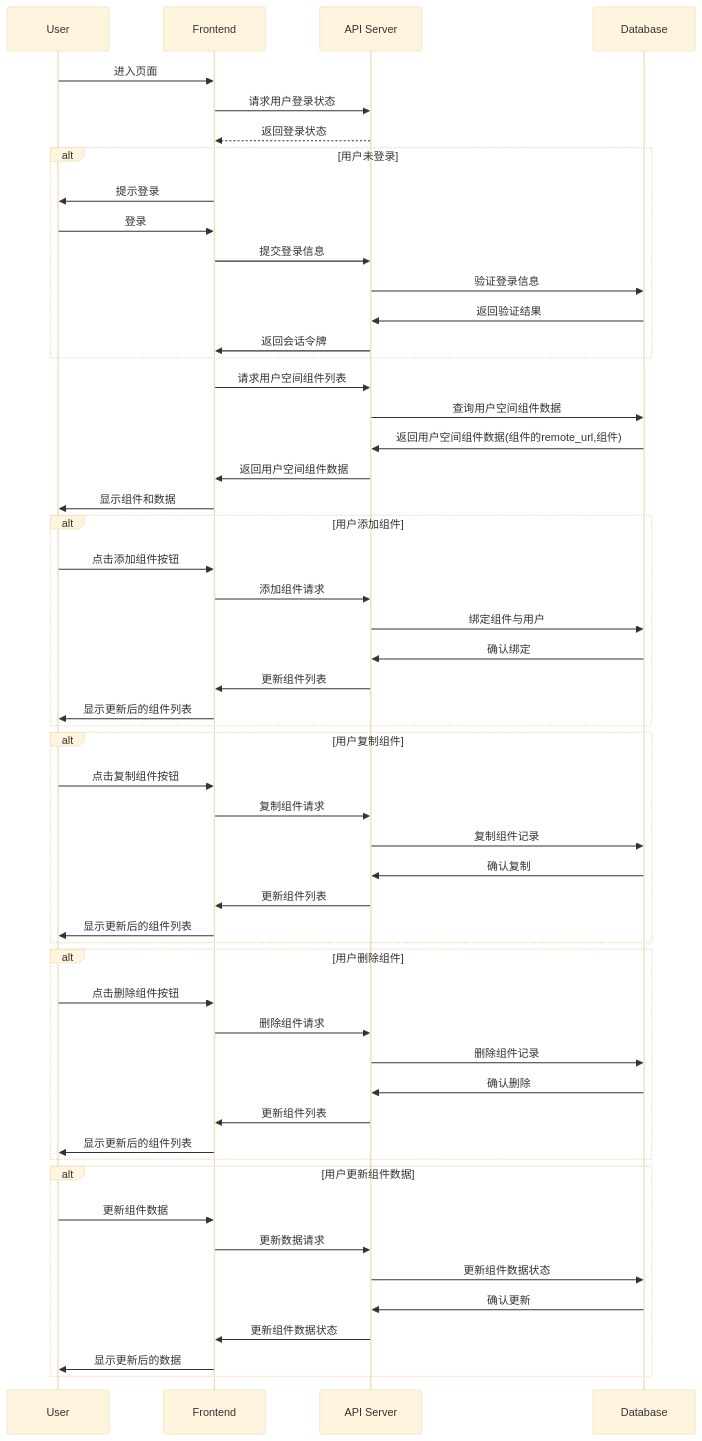
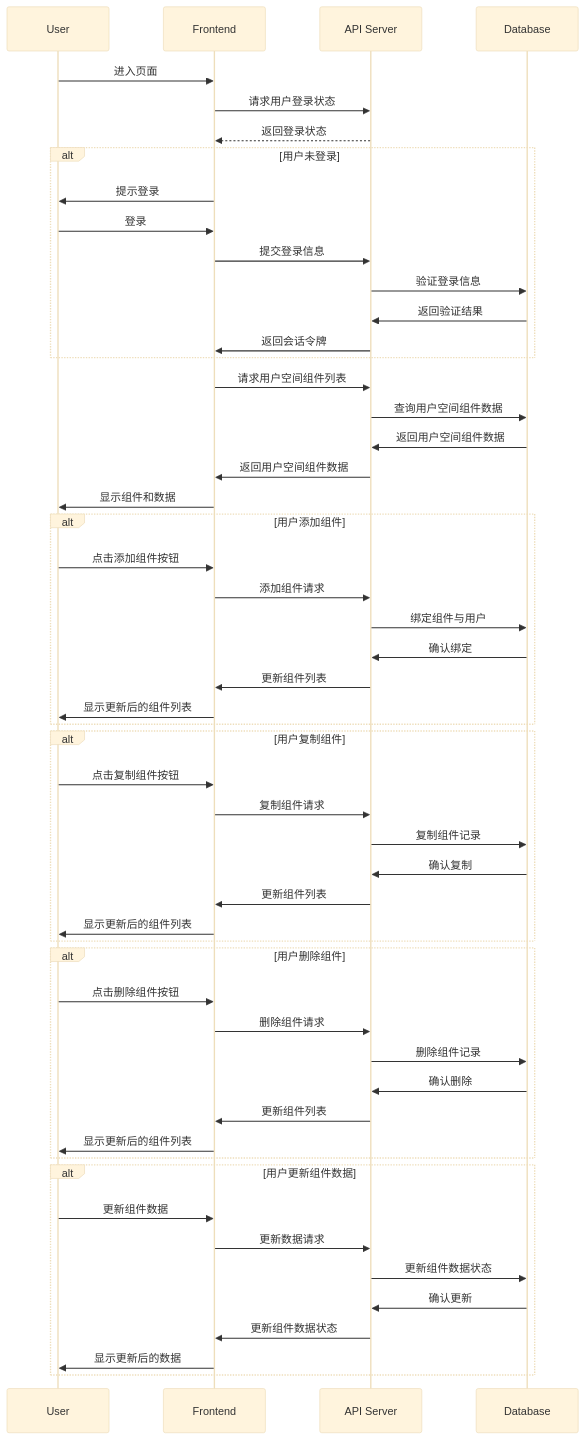
One commit to yingjianzh/iodraw-files changed the diagram in all/未命名-7.md. Above: the diagram before and after it, drawn with Mermaid (base theme).

Commit message:
2024-10-09 10:21:11 update

````diff
--- a/all/未命名-7.md
+++ b/all/未命名-7.md
@@ -1,62 +1,62 @@
 ```mermaid
 sequenceDiagram
     participant User
     participant Frontend
     participant API Server
     participant Database
 
     User->>Frontend: 进入页面
     Frontend->>API Server: 请求用户登录状态
     API Server-->>Frontend: 返回登录状态
     alt 用户未登录
         Frontend->>User: 提示登录
         User->>Frontend: 登录
         Frontend->>API Server: 提交登录信息
         API Server->>Database: 验证登录信息
         Database->>API Server: 返回验证结果
         API Server->>Frontend: 返回会话令牌
     end
 
     Frontend->>API Server: 请求用户空间组件列表
     API Server->>Database: 查询用户空间组件数据
-    Database->>API Server: 返回用户空间组件数据(组件的remote_url,组件)
+    Database->>API Server: 返回用户空间组件数据
     API Server->>Frontend: 返回用户空间组件数据
     Frontend->>User: 显示组件和数据
 
     alt 用户添加组件
         User->>Frontend: 点击添加组件按钮
         Frontend->>API Server: 添加组件请求
         API Server->>Database: 绑定组件与用户
         Database->>API Server: 确认绑定
         API Server->>Frontend: 更新组件列表
         Frontend->>User: 显示更新后的组件列表
     end
 
     alt 用户复制组件
         User->>Frontend: 点击复制组件按钮
         Frontend->>API Server: 复制组件请求
         API Server->>Database: 复制组件记录
         Database->>API Server: 确认复制
         API Server->>Frontend: 更新组件列表
         Frontend->>User: 显示更新后的组件列表
     end
 
     alt 用户删除组件
         User->>Frontend: 点击删除组件按钮
         Frontend->>API Server: 删除组件请求
         API Server->>Database: 删除组件记录
         Database->>API Server: 确认删除
         API Server->>Frontend: 更新组件列表
         Frontend->>User: 显示更新后的组件列表
     end
 
     alt 用户更新组件数据
         User->>Frontend: 更新组件数据
         Frontend->>API Server: 更新数据请求
         API Server->>Database: 更新组件数据状态
         Database->>API Server: 确认更新
         API Server->>Frontend: 更新组件数据状态
         Frontend->>User: 显示更新后的数据
     end
 
 ```
````
